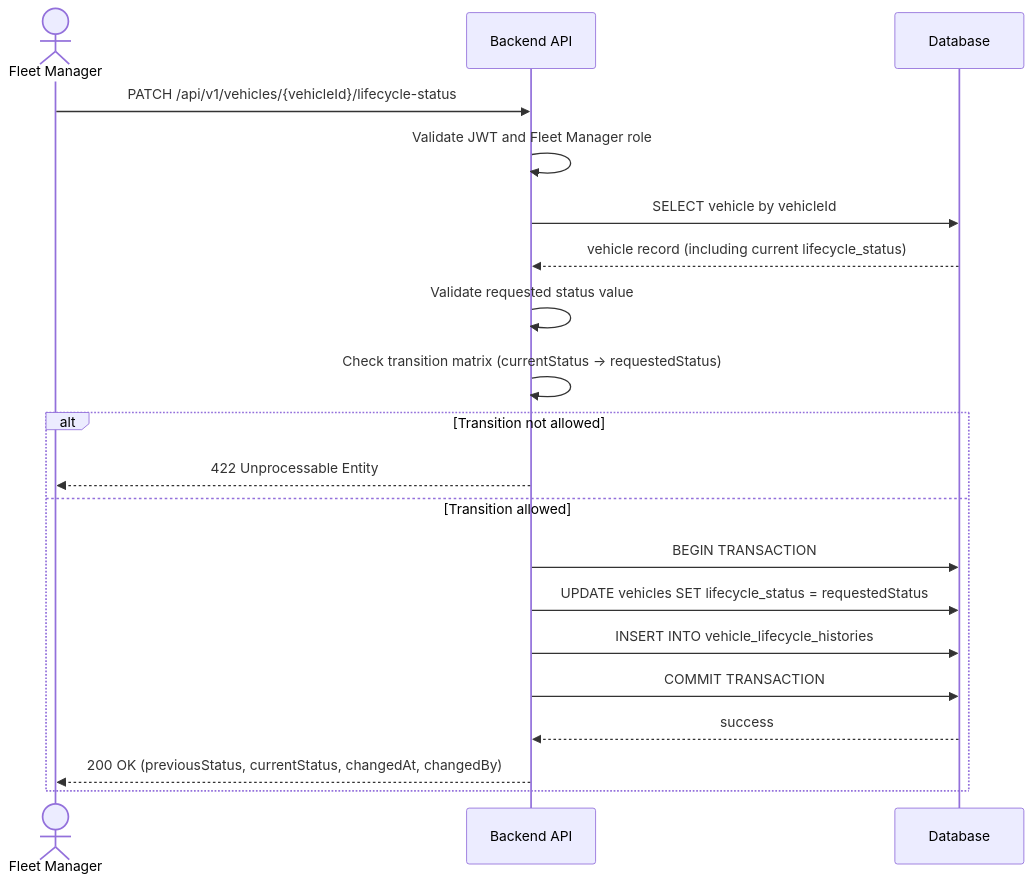
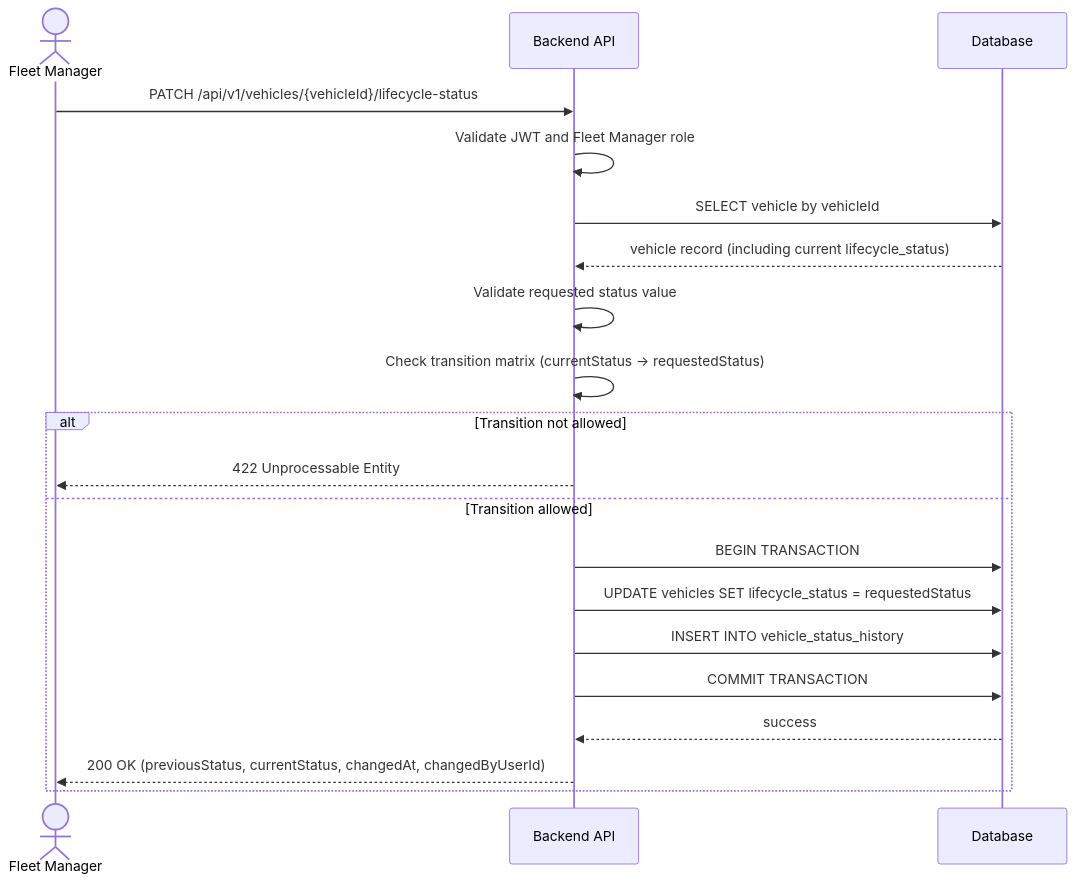
One commit to gavali123/car-rental-system changed the diagram in docs/trd/trd-car-management-lifecycle.md. Above: the diagram before and after it, drawn with Mermaid. The commit also changed other lines of this file and 1 other file, not shown here.

Commit message:
Resolve cross-PR data model conflicts: rename table, align user FK, add canonical ownership notice

````diff
--- a/docs/trd/trd-car-management-lifecycle.md
+++ b/docs/trd/trd-car-management-lifecycle.md
@@ -259,23 +259,23 @@
 ```mermaid
 sequenceDiagram
     actor FM as Fleet Manager
     participant API as Backend API
     participant DB as Database
 
     FM->>API: PATCH /api/v1/vehicles/{vehicleId}/lifecycle-status
     API->>API: Validate JWT and Fleet Manager role
     API->>DB: SELECT vehicle by vehicleId
     DB-->>API: vehicle record (including current lifecycle_status)
     API->>API: Validate requested status value
     API->>API: Check transition matrix (currentStatus → requestedStatus)
     alt Transition not allowed
         API-->>FM: 422 Unprocessable Entity
     else Transition allowed
         API->>DB: BEGIN TRANSACTION
         API->>DB: UPDATE vehicles SET lifecycle_status = requestedStatus
-        API->>DB: INSERT INTO vehicle_lifecycle_histories
+        API->>DB: INSERT INTO vehicle_status_history
         API->>DB: COMMIT TRANSACTION
         DB-->>API: success
-        API-->>FM: 200 OK (previousStatus, currentStatus, changedAt, changedBy)
+        API-->>FM: 200 OK (previousStatus, currentStatus, changedAt, changedByUserId)
     end
 ```
````
